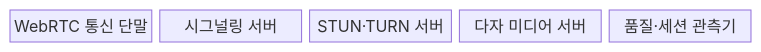
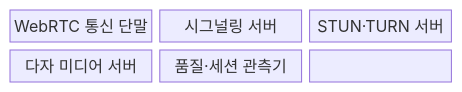
Before and after one commit to agnusdei1207/knowledge-base: the first of 2 diagrams in src/content/docs/notes/04-network/109_webrtc.md, drawn with Mermaid. The commit also changed other lines of this file and 122 other files, not shown here.

````diff
--- a/src/content/docs/notes/04-network/109_webrtc.md
+++ b/src/content/docs/notes/04-network/109_webrtc.md
@@ -60,9 +60,11 @@
 ```mermaid
 block-beta
-    columns 5
+    columns 3
     A["WebRTC 통신 단말"]
     B["시그널링 서버"]
     C["STUN·TURN 서버"]
     D["다자 미디어 서버"]
     E["품질·세션 관측기"]
+    A --- B --- C
+    C --- D --- E
 ```
````
